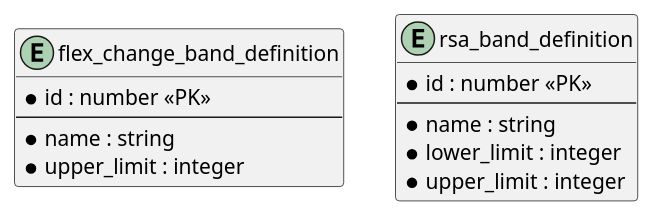
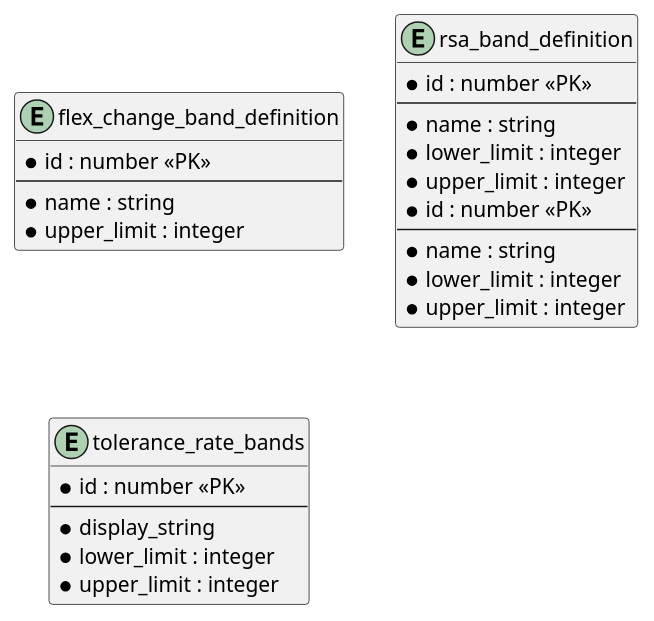
The diagram in docs/storage-model-ref-internal.puml (UKHomeOffice/callisto-accruals-restapi), drawn with PlantUML before and after one commit. The commit also changed 2 other files, not shown here.

Commit message:
Add tolerance band definition

```diff
--- a/docs/storage-model-ref-internal.puml
+++ b/docs/storage-model-ref-internal.puml
@@ -1,19 +1,35 @@
 @startuml
 
 entity flex_change_band_definition {
   * id : number <<PK>>
   --
   * name : string
   * upper_limit : integer
 }
   
 entity rsa_band_definition {
   * id : number <<PK>>
   --
   * name : string
   * lower_limit : integer
   * upper_limit : integer
 }
 
+entity rsa_band_definition {
+  * id : number <<PK>>
+  --
+  * name : string
+  * lower_limit : integer
+  * upper_limit : integer
+}
+
+entity tolerance_rate_bands {
+  * id : number <<PK>>
+  --
+  * display_string
+  * lower_limit : integer
+  * upper_limit : integer
+}
+
 
 @enduml
```
